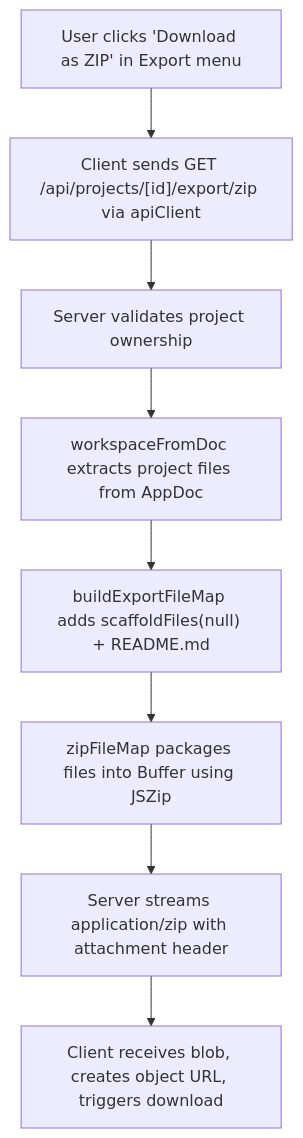
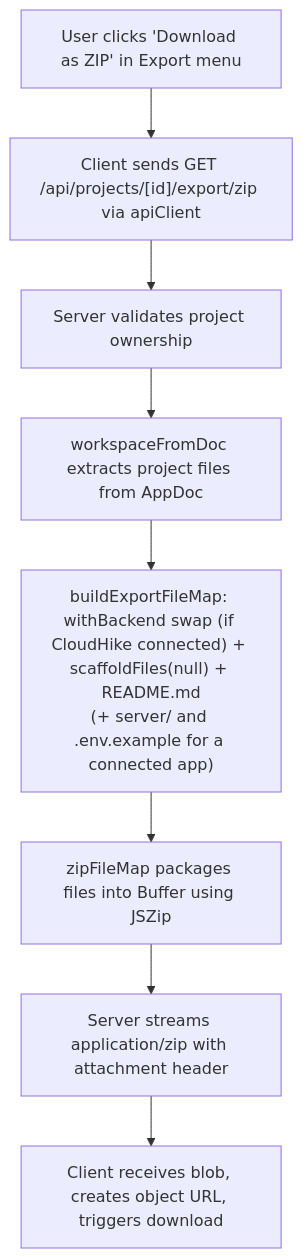
One commit to pranav589/ai-app-builder changed the ninth of 25 diagrams in docs/codebase-walkthrough.md. Above: the diagram before and after it, drawn with Mermaid. The commit also changed other lines of this file and 42 other files, not shown here.

````diff
--- a/docs/codebase-walkthrough.md
+++ b/docs/codebase-walkthrough.md
@@ -479,10 +493,10 @@
 ```mermaid
 flowchart TD
     A["User clicks 'Download as ZIP' in Export menu"] --> B["Client sends GET /api/projects/[id]/export/zip via apiClient"]
     B --> C["Server validates project ownership"]
     C --> D["workspaceFromDoc extracts project files from AppDoc"]
-    D --> E["buildExportFileMap adds scaffoldFiles(null) + README.md"]
+    D --> E["buildExportFileMap: withBackend swap (if CloudHike connected) + scaffoldFiles(null) + README.md\n(+ server/ and .env.example for a connected app)"]
     E --> F["zipFileMap packages files into Buffer using JSZip"]
     F --> G["Server streams application/zip with attachment header"]
     G --> H["Client receives blob, creates object URL, triggers download"]
 ```
````
